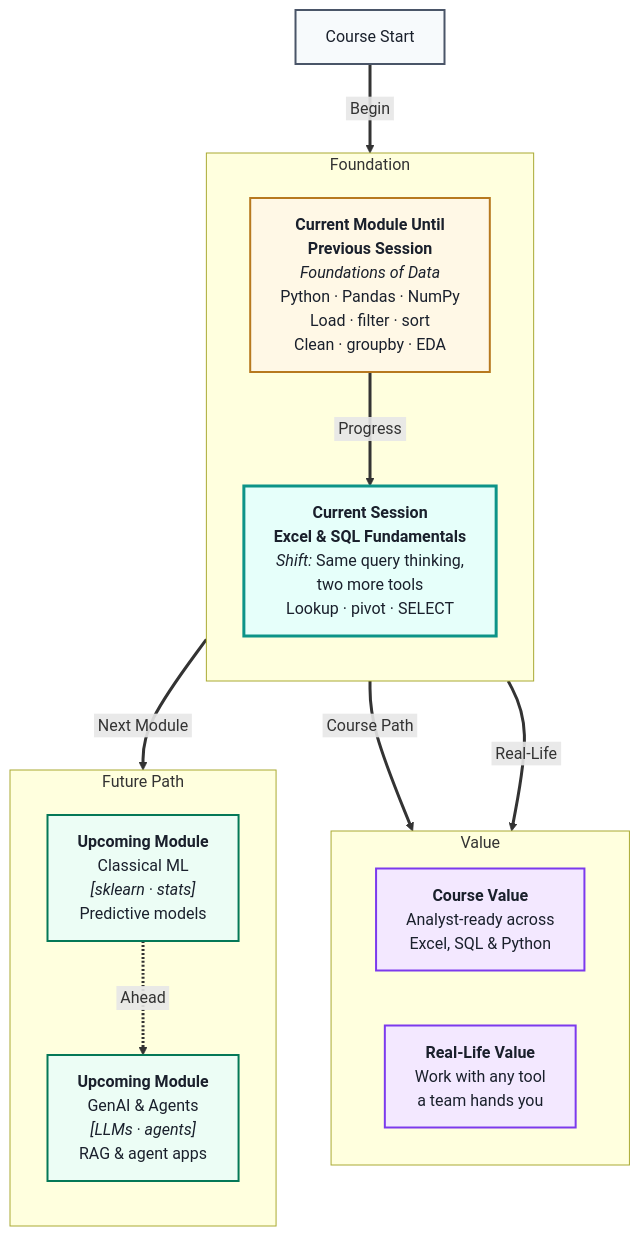
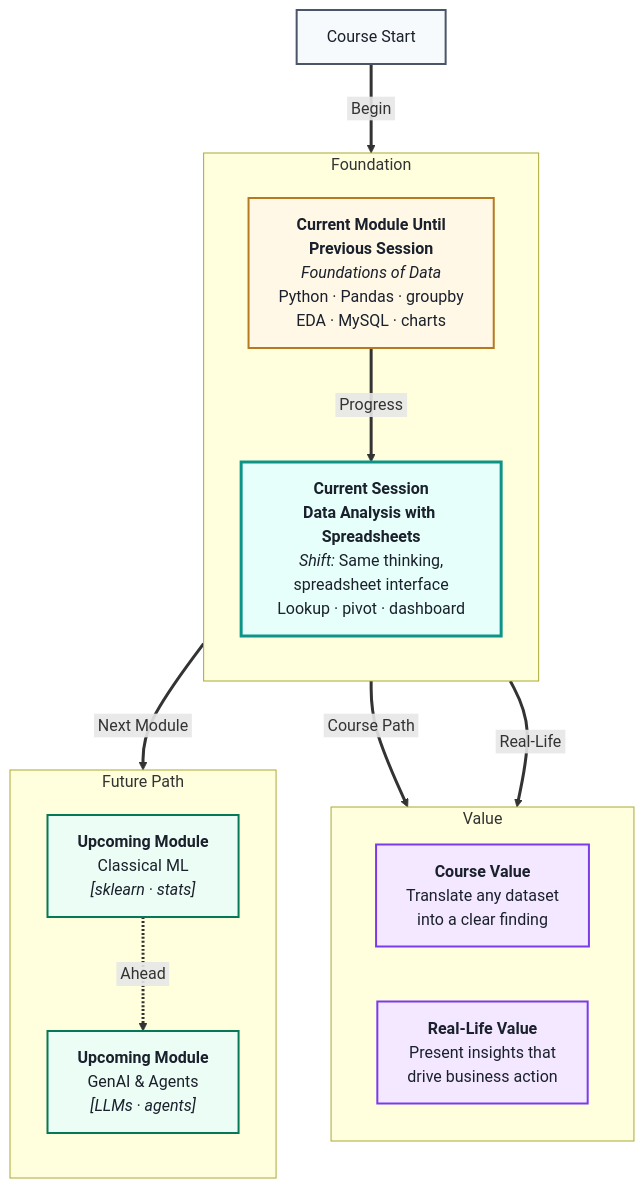
One commit to ritzrmx/Masai_Curriculum changed the first of 3 diagrams in IITP_AIML_Regional/IITP-AIMLT-2606/Module 1- Foundations of Data/Session 16- Data Analysis with Spreadsheets/pre-read: Data Analysis with Spreadsheets.md. Above: the diagram before and after it, drawn with Mermaid. The commit also changed other lines of this file and 38 other files, not shown here.

````diff
--- a/IITP_AIML_Regional/IITP-AIMLT-2606/Module 1- Foundations of Data/Session 16- Data Analysis with Spreadsheets/pre-read: Data Analysis with Spreadsheets.md
+++ b/IITP_AIML_Regional/IITP-AIMLT-2606/Module 1- Foundations of Data/Session 16- Data Analysis with Spreadsheets/pre-read: Data Analysis with Spreadsheets.md
@@ -6,42 +6,36 @@
 ```mermaid
 %%{init: {'flowchart': {'nodeSpacing': 55, 'rankSpacing': 65, 'diagramPadding': 24}}}%%
 flowchart TB
 linkStyle default stroke-width:3px
-
 subgraph foundation[" Foundation "]
 direction TB
-    CURMOD["<b>Current Module Until<br/>Previous Session</b><br/><i>Foundations of Data</i><br/>Python · Pandas · NumPy<br/>Load · filter · sort<br/>Clean · groupby · EDA"]
-    CURSES["<b>Current Session</b><br/><b>Excel & SQL Fundamentals</b><br/><i>Shift:</i> Same query thinking,<br/>two more tools<br/>Lookup · pivot · SELECT"]
+    CURMOD["<b>Current Module Until<br/>Previous Session</b><br/><i>Foundations of Data</i><br/>Python · Pandas · groupby<br/>EDA · MySQL · charts"]
+    CURSES["<b>Current Session</b><br/><b>Data Analysis with Spreadsheets</b><br/><i>Shift:</i> Same thinking,<br/>spreadsheet interface<br/>Lookup · pivot · dashboard"]
 end
-
 subgraph value[" Value "]
 direction LR
-    CVAL["<b>Course Value</b><br/>Analyst-ready across<br/>Excel, SQL & Python"]
-    RVAL["<b>Real-Life Value</b><br/>Work with any tool<br/>a team hands you"]
+    CVAL["<b>Course Value</b><br/>Translate any dataset<br/>into a clear finding"]
+    RVAL["<b>Real-Life Value</b><br/>Present insights that<br/>drive business action"]
 end
-
 subgraph future[" Future Path "]
 direction TB
-    U0["<b>Upcoming Module</b><br/>Classical ML<br/><i>[sklearn · stats]</i><br/>Predictive models"]
-    U1["<b>Upcoming Module</b><br/>GenAI & Agents<br/><i>[LLMs · agents]</i><br/>RAG & agent apps"]
+    U0["<b>Upcoming Module</b><br/>Classical ML<br/><i>[sklearn · stats]</i>"]
+    U1["<b>Upcoming Module</b><br/>GenAI & Agents<br/><i>[LLMs · agents]</i>"]
 end
-
 START["Course Start"] ==>|&nbsp;Begin&nbsp;| CURMOD
 CURMOD ==>|&nbsp;Progress&nbsp;| CURSES
 CURSES ==>|&nbsp;Course Path&nbsp;| CVAL
 CURSES ==>|&nbsp;Real-Life&nbsp;| RVAL
 CURSES ==>|&nbsp;Next Module&nbsp;| U0
 U0 -.->|&nbsp;Ahead&nbsp;| U1
-
-classDef prevBox fill:#E8F4FC,stroke:#2B6CB0,stroke-width:2px,color:#1A202C
 classDef curModBox fill:#FFF8E6,stroke:#B7791F,stroke-width:2px,color:#1A202C
 classDef curSessBox fill:#E6FFFA,stroke:#0D9488,stroke-width:3px,color:#1A202C
 classDef valueBox fill:#F3E8FF,stroke:#7C3AED,stroke-width:2px,color:#1A202C
 classDef futureBox fill:#ECFDF5,stroke:#047857,stroke-width:2px,color:#1A202C
 classDef startBox fill:#F7FAFC,stroke:#4A5568,stroke-width:2px,color:#1A202C
 class START startBox
 class CURMOD curModBox
 class CURSES curSessBox
 class CVAL,RVAL valueBox
 class U0,U1 futureBox
 ```
````
